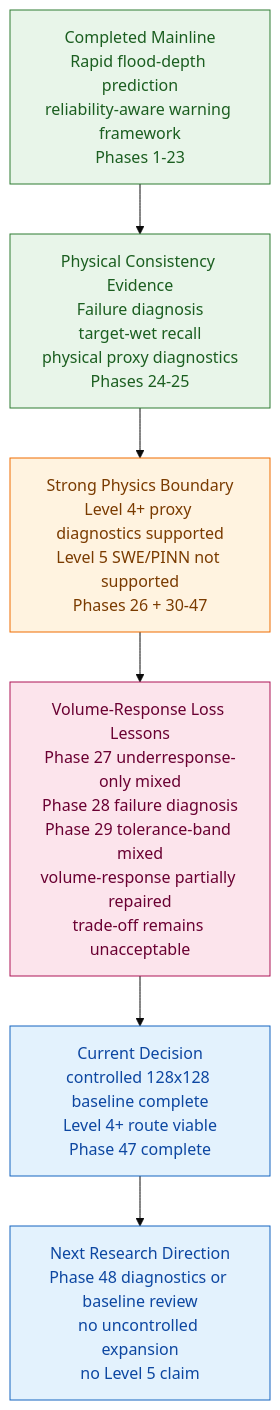
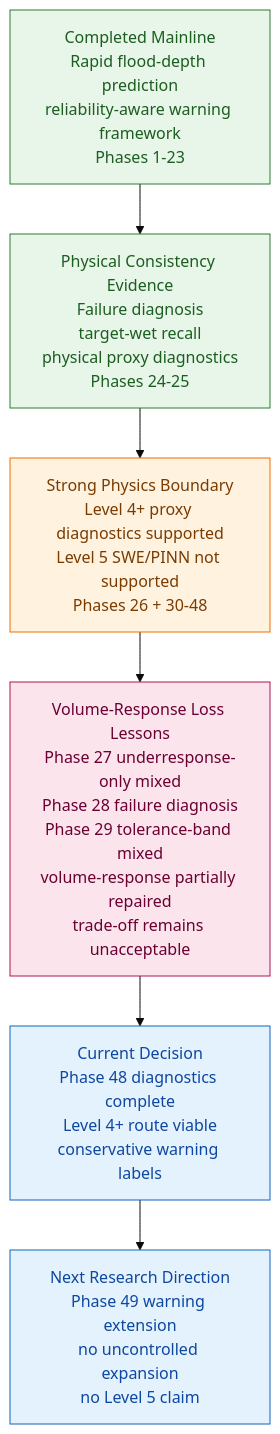
Before and after one commit to HolyLin990604/physics-guided-urban-flood-prediction: the third of 3 diagrams in README.md, drawn with Mermaid (base theme). The commit also changed other lines of this file and 2 other files, not shown here.

Commit message:
docs: sync phase48 full dataset reliability diagnostics status

````diff
--- a/README.md
+++ b/README.md
@@ -492,16 +494,16 @@
 ```mermaid
 flowchart TD
     A["Completed Mainline<br/>Rapid flood-depth prediction<br/>reliability-aware warning framework<br/>Phases 1-23"]:::completed
     B["Physical Consistency Evidence<br/>Failure diagnosis<br/>target-wet recall<br/>physical proxy diagnostics<br/>Phases 24-25"]:::completed
-    C["Strong Physics Boundary<br/>Level 4+ proxy diagnostics supported<br/>Level 5 SWE/PINN not supported<br/>Phases 26 + 30-47"]:::boundary
+    C["Strong Physics Boundary<br/>Level 4+ proxy diagnostics supported<br/>Level 5 SWE/PINN not supported<br/>Phases 26 + 30-48"]:::boundary
     D["Volume-Response Loss Lessons<br/>Phase 27 underresponse-only mixed<br/>Phase 28 failure diagnosis<br/>Phase 29 tolerance-band mixed<br/>volume-response partially repaired<br/>trade-off remains unacceptable"]:::diagnosis
-    E["Current Decision<br/>controlled 128x128 baseline complete<br/>Level 4+ route viable<br/>Phase 47 complete"]:::current
-    F["Next Research Direction<br/>Phase 48 diagnostics or baseline review<br/>no uncontrolled expansion<br/>no Level 5 claim"]:::current
+    E["Current Decision<br/>Phase 48 diagnostics complete<br/>Level 4+ route viable<br/>conservative warning labels"]:::current
+    F["Next Research Direction<br/>Phase 49 warning extension<br/>no uncontrolled expansion<br/>no Level 5 claim"]:::current
 
     A --> B --> C --> D --> E --> F
 
     classDef completed fill:#e8f5e9,stroke:#2e7d32,color:#1b5e20
     classDef boundary fill:#fff3e0,stroke:#ef6c00,color:#7a3b00
     classDef diagnosis fill:#fce4ec,stroke:#ad1457,color:#6a0032
     classDef current fill:#e3f2fd,stroke:#1565c0,color:#0d47a1
 ```
````
